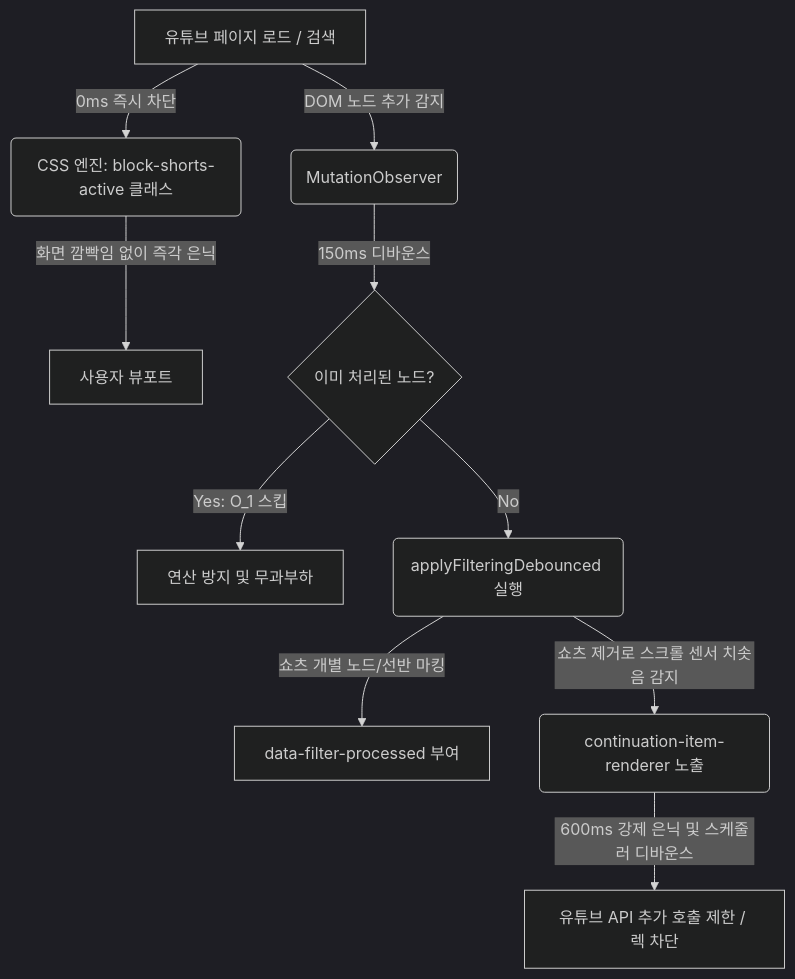
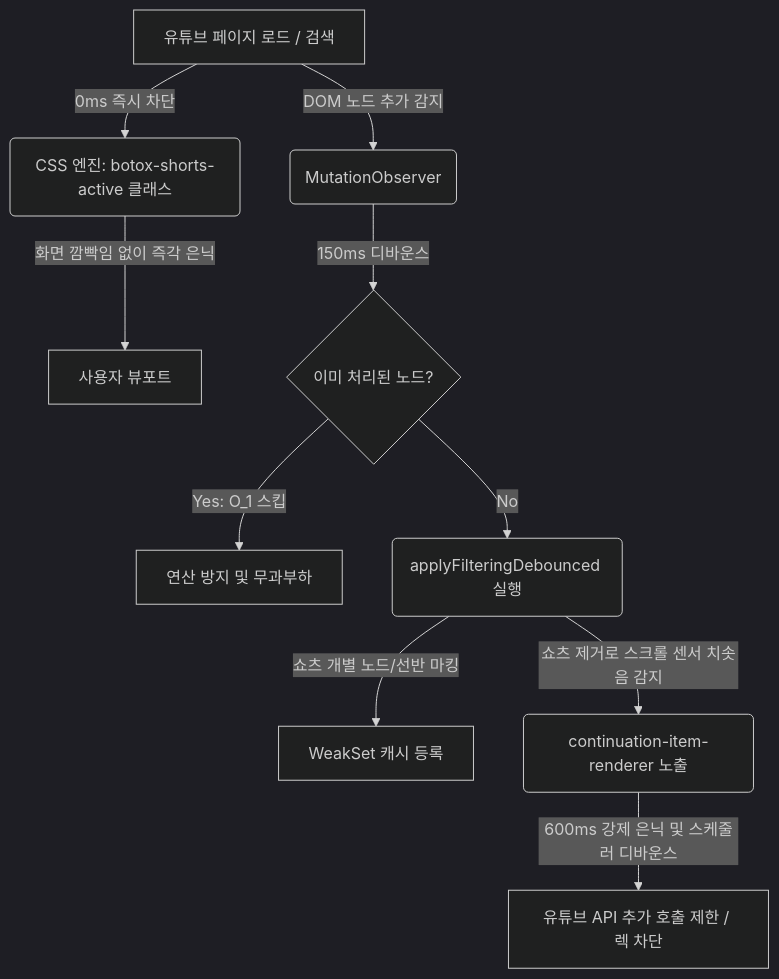
The diagram in docs/shorts_filtering_architecture.md (lazyant91/botox), drawn with Mermaid (dark theme) before and after one commit.

Commit message:
docs: update mermaid diagram parameters to match botox-shorts-active and weakset cache

````diff
--- a/docs/shorts_filtering_architecture.md
+++ b/docs/shorts_filtering_architecture.md
@@ -11,14 +11,14 @@
 ```mermaid
 graph TD
-    A[유튜브 페이지 로드 / 검색] -->|0ms 즉시 차단| B(CSS 엔진: block-shorts-active 클래스)
+    A[유튜브 페이지 로드 / 검색] -->|0ms 즉시 차단| B(CSS 엔진: botox-shorts-active 클래스)
     B -->|화면 깜빡임 없이 즉각 은닉| C[사용자 뷰포트]
     
     A -->|DOM 노드 추가 감지| D(MutationObserver)
     D -->|150ms 디바운스| E{이미 처리된 노드?}
     E -->|Yes: O_1 스킵| F[연산 방지 및 무과부하]
     E -->|No| G(applyFilteringDebounced 실행)
-    G -->|쇼츠 개별 노드/선반 마킹| H[data-filter-processed 부여]
+    G -->|쇼츠 개별 노드/선반 마킹| H[WeakSet 캐시 등록]
     
     G -->|쇼츠 제거로 스크롤 센서 치솟음 감지| I(continuation-item-renderer 노출)
     I -->|600ms 강제 은닉 및 스케줄러 디바운스| J[유튜브 API 추가 호출 제한 / 렉 차단]
 ```
````
